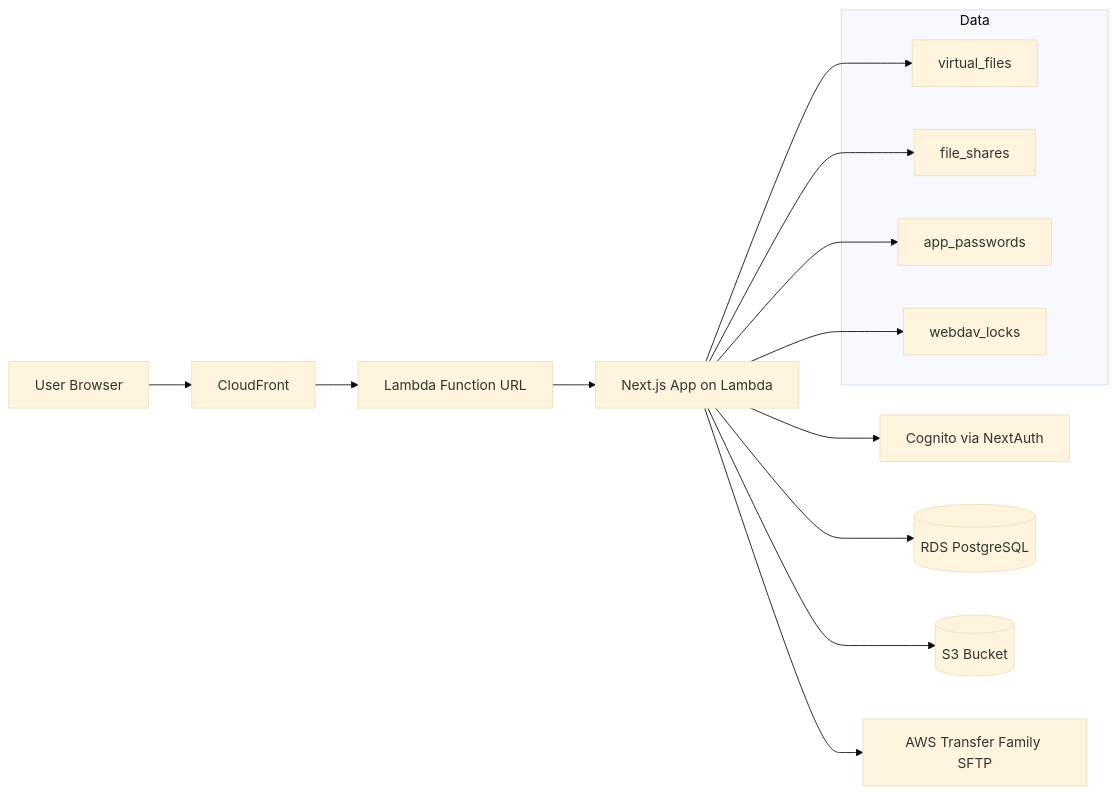
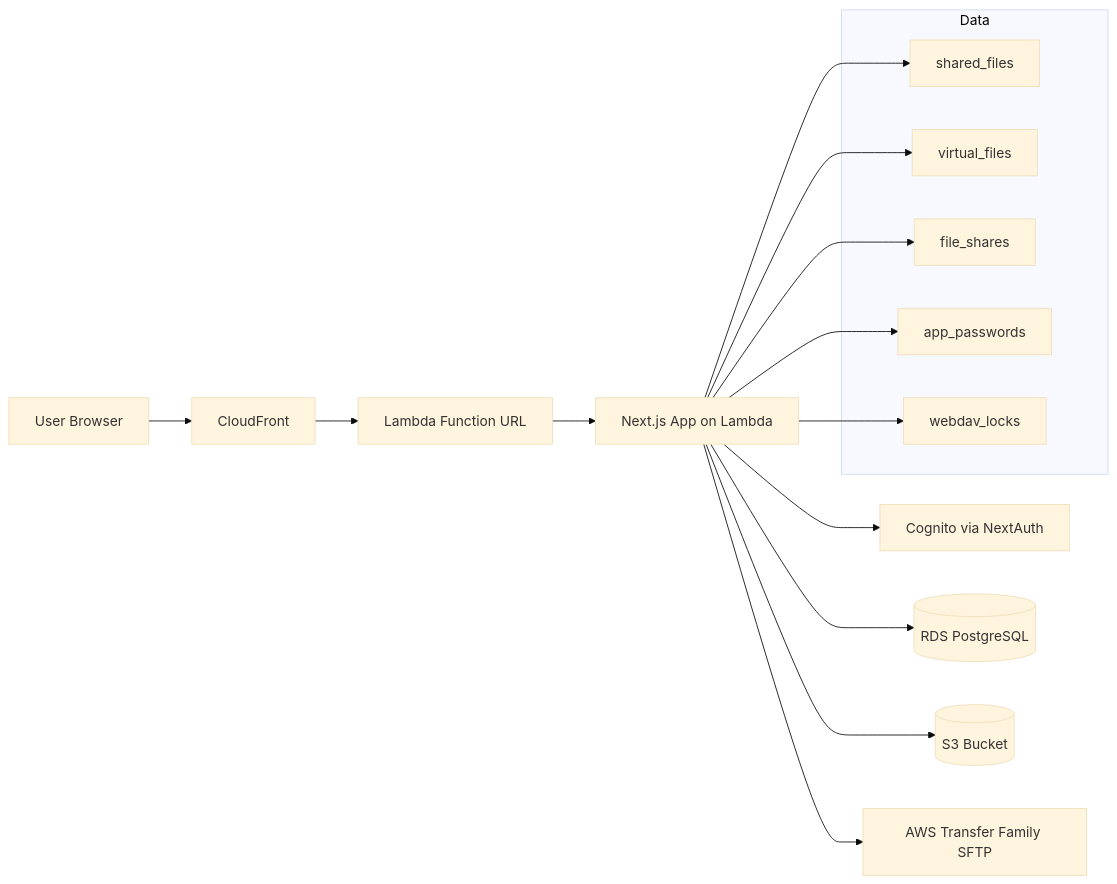
One commit to joeyf116/navara-strategy changed the diagram in README.md. Above: the diagram before and after it, drawn with Mermaid (base theme). The commit also changed other lines of this file and 2 other files, not shown here.

````diff
--- a/README.md
+++ b/README.md
@@ -7,23 +7,25 @@
 ```mermaid
 flowchart LR
     U[User Browser] --> CF[CloudFront]
     CF --> LFU[Lambda Function URL]
     LFU --> APP[Next.js App on Lambda]
 
     APP --> COG[Cognito via NextAuth]
     APP --> RDS[(RDS PostgreSQL)]
     APP --> S3[(S3 Bucket)]
     APP --> TF[AWS Transfer Family SFTP]
 
     subgraph Data
+      SF[shared_files]
       VF[virtual_files]
       FS[file_shares]
       AP[app_passwords]
       WL[webdav_locks]
     end
 
+    APP --> SF
     APP --> VF
     APP --> FS
     APP --> AP
     APP --> WL
 ```
````
